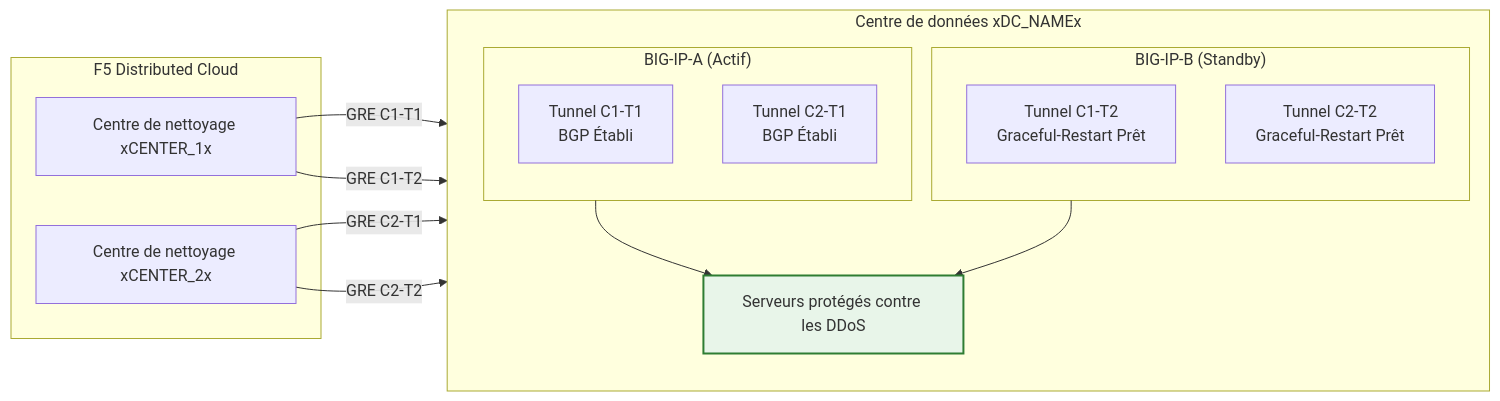
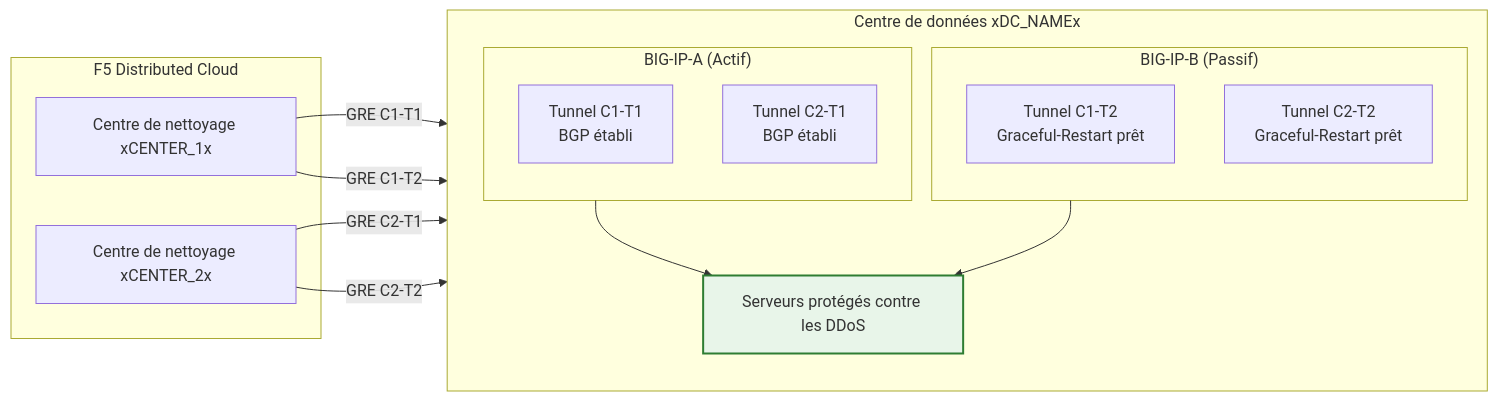
Before and after one commit to f5-sales-demo/ddos: the second of 2 diagrams in docs/fr/overview.mdx, drawn with Mermaid. The commit also changed other lines of this file and 95 other files, not shown here.

````diff
--- a/docs/fr/overview.mdx
+++ b/docs/fr/overview.mdx
@@ -68,29 +67,29 @@
 ```mermaid
 flowchart LR
     subgraph F5XC["F5 Distributed Cloud"]
         C1["Centre de nettoyage xCENTER_1x"]
         C2["Centre de nettoyage xCENTER_2x"]
     end
 
     subgraph DC["Centre de données xDC_NAMEx"]
         direction TB
         subgraph UNITA["BIG-IP-A (Actif)"]
-            A_C1["Tunnel C1-T1<br/>BGP Établi"]
-            A_C2["Tunnel C2-T1<br/>BGP Établi"]
+            A_C1["Tunnel C1-T1<br/>BGP établi"]
+            A_C2["Tunnel C2-T1<br/>BGP établi"]
         end
-        subgraph UNITB["BIG-IP-B (Standby)"]
-            B_C1["Tunnel C1-T2<br/>Graceful-Restart Prêt"]
-            B_C2["Tunnel C2-T2<br/>Graceful-Restart Prêt"]
+        subgraph UNITB["BIG-IP-B (Passif)"]
+            B_C1["Tunnel C1-T2<br/>Graceful-Restart prêt"]
+            B_C2["Tunnel C2-T2<br/>Graceful-Restart prêt"]
         end
         SERVERS["Serveurs protégés contre les DDoS"]
     end
 
     C1 -- "GRE C1-T1" --> A_C1
     C2 -- "GRE C2-T1" --> A_C2
     C1 -- "GRE C1-T2" --> B_C1
     C2 -- "GRE C2-T2" --> B_C2
     UNITA --> SERVERS
     UNITB --> SERVERS
 
     style SERVERS fill:#e8f5e9,stroke:#2e7d32,stroke-width:2px
 ```
````
